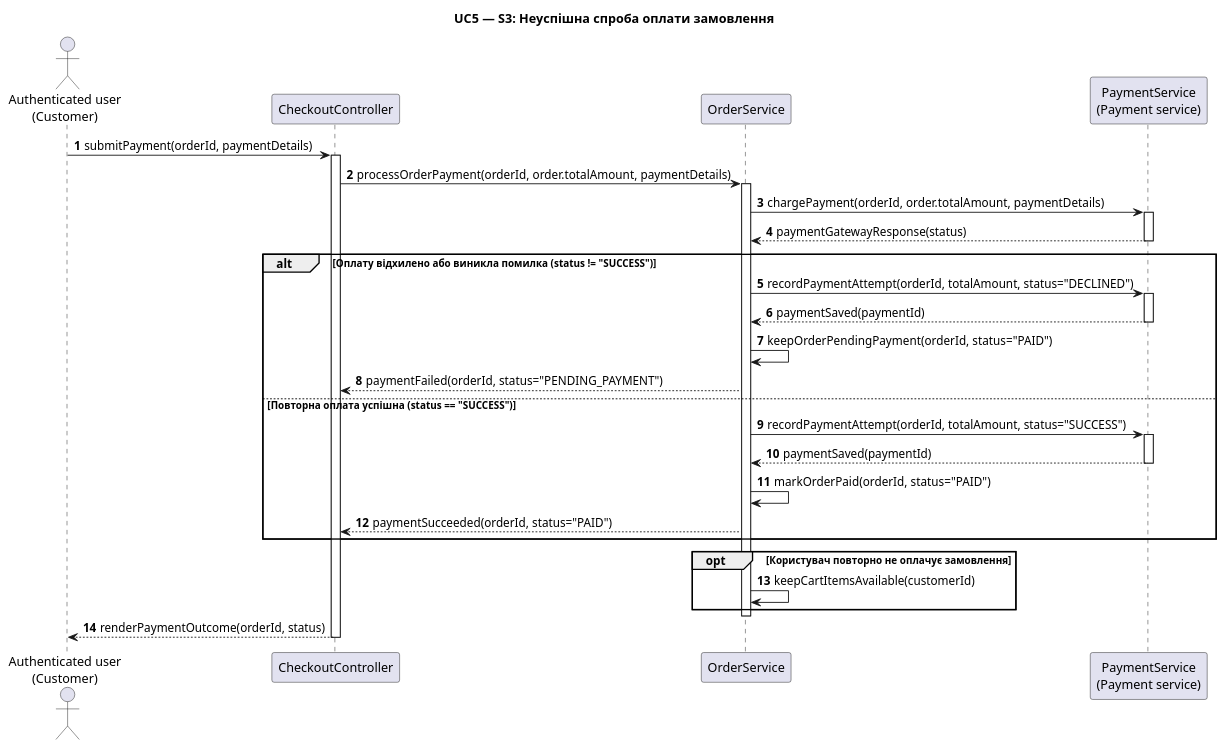
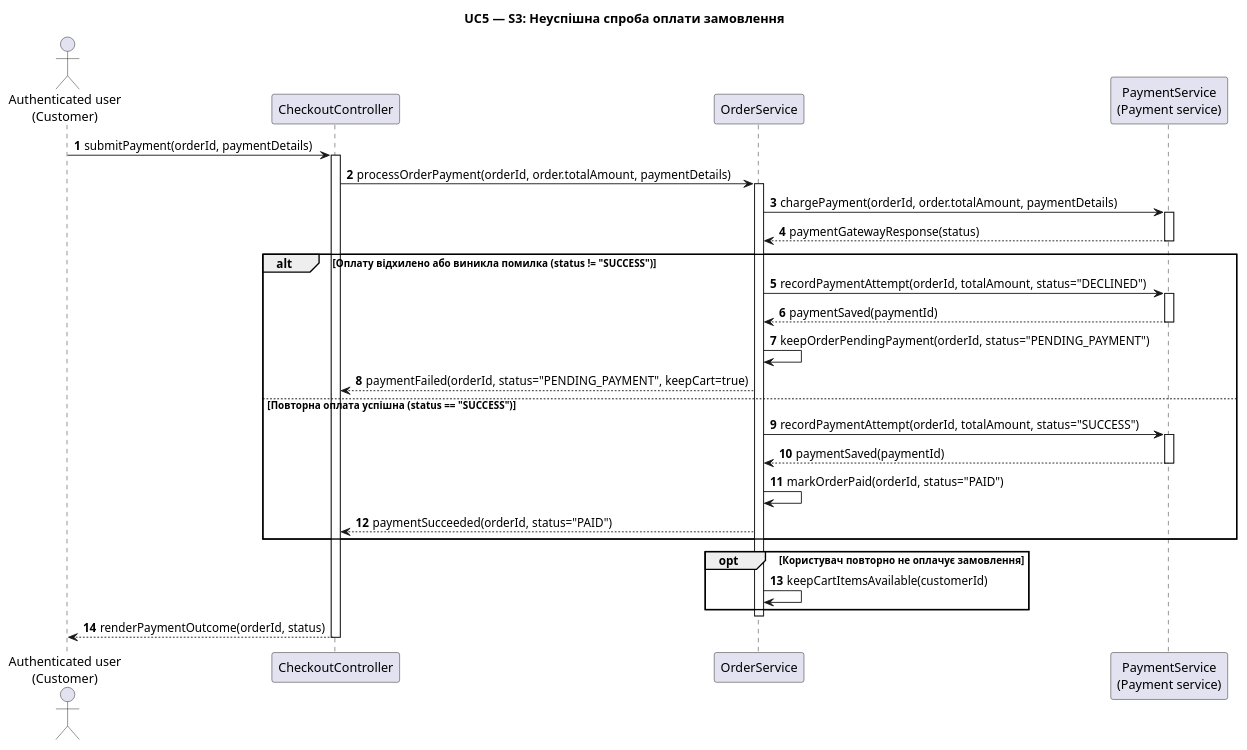
The diagram in lab3/s3-diagram.puml (Mariakolodchenkoi/KPI-labs), drawn with PlantUML before and after one commit.

Commit message:
виправлення помилок в s3

```diff
--- a/lab3/s3-diagram.puml
+++ b/lab3/s3-diagram.puml
@@ -1,49 +1,49 @@
 @startuml
 title UC5 — S3: Неуспішна спроба оплати замовлення
 
 skinparam sequenceMessageAlign left
 autonumber
 
 actor "Authenticated user\n(Customer)" as Customer
 participant "CheckoutController" as Ctrl
 participant "OrderService" as OrderSvc
 participant "PaymentService\n(Payment service)" as PaySvc
 
 Customer -> Ctrl : submitPayment(orderId, paymentDetails)
 activate Ctrl
 
 Ctrl -> OrderSvc : processOrderPayment(orderId, order.totalAmount, paymentDetails)
 activate OrderSvc
 
 OrderSvc -> PaySvc : chargePayment(orderId, order.totalAmount, paymentDetails)
 activate PaySvc
 PaySvc --> OrderSvc : paymentGatewayResponse(status)
 deactivate PaySvc
 
 alt Оплату відхилено або виникла помилка (status != "SUCCESS")
     OrderSvc -> PaySvc : recordPaymentAttempt(orderId, totalAmount, status="DECLINED")
     activate PaySvc
     PaySvc --> OrderSvc : paymentSaved(paymentId)
     deactivate PaySvc
 
-    OrderSvc -> OrderSvc : keepOrderPendingPayment(orderId, status="PAID")
-    OrderSvc --> Ctrl : paymentFailed(orderId, status="PENDING_PAYMENT")
+    OrderSvc -> OrderSvc : keepOrderPendingPayment(orderId, status="PENDING_PAYMENT")
+    OrderSvc --> Ctrl : paymentFailed(orderId, status="PENDING_PAYMENT", keepCart=true)
 else Повторна оплата успішна (status == "SUCCESS")
     OrderSvc -> PaySvc : recordPaymentAttempt(orderId, totalAmount, status="SUCCESS")
     activate PaySvc
     PaySvc --> OrderSvc : paymentSaved(paymentId)
     deactivate PaySvc
 
     OrderSvc -> OrderSvc : markOrderPaid(orderId, status="PAID")
     OrderSvc --> Ctrl : paymentSucceeded(orderId, status="PAID")
 end
 
 opt Користувач повторно не оплачує замовлення
     OrderSvc -> OrderSvc : keepCartItemsAvailable(customerId)
 end
 
 deactivate OrderSvc
 Ctrl --> Customer : renderPaymentOutcome(orderId, status)
 deactivate Ctrl
 
 @enduml
```
